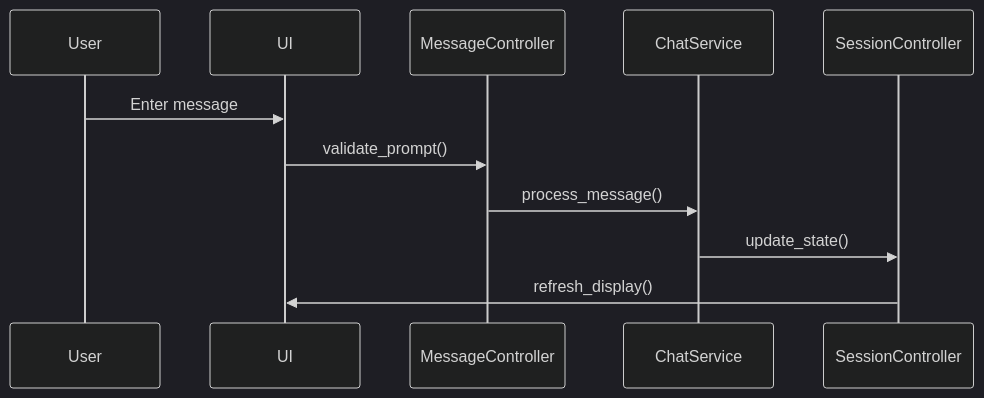
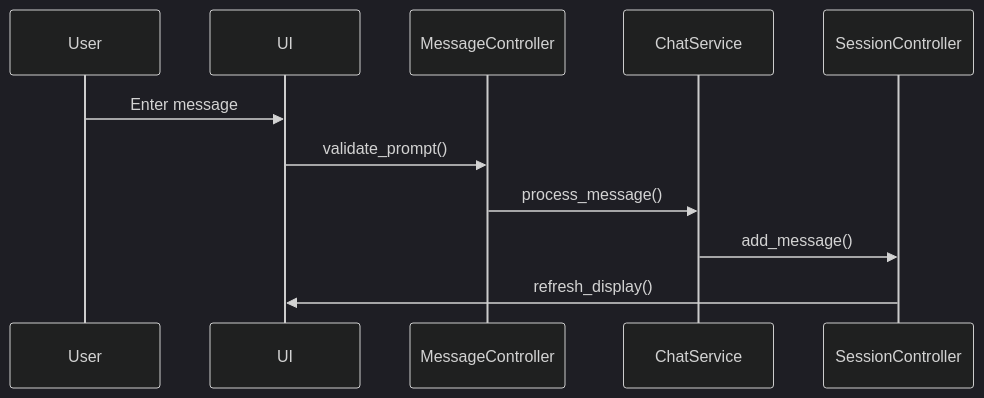
One commit to tuttlebr/brandon-bot changed the second of 3 diagrams in docker/app/docs/architecture/overview.md. Above: the diagram before and after it, drawn with Mermaid (dark theme). The commit also changed other lines of this file and 4 other files, not shown here.

````diff
--- a/docker/app/docs/architecture/overview.md
+++ b/docker/app/docs/architecture/overview.md
@@ -144,14 +168,14 @@
 ```mermaid
 sequenceDiagram
     participant User
     participant UI
     participant MessageController
     participant ChatService
     participant SessionController
 
     User->>UI: Enter message
     UI->>MessageController: validate_prompt()
     MessageController->>ChatService: process_message()
-    ChatService->>SessionController: update_state()
+    ChatService->>SessionController: add_message()
     SessionController->>UI: refresh_display()
 ```
````
